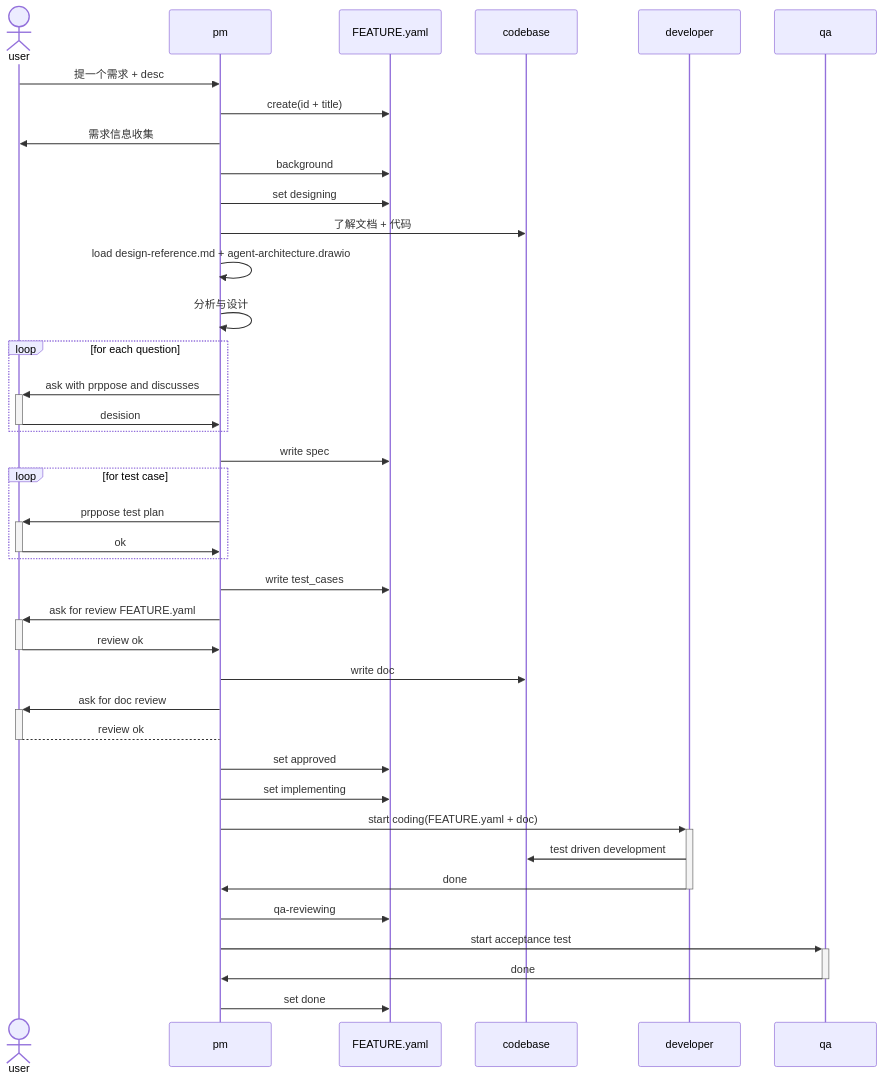
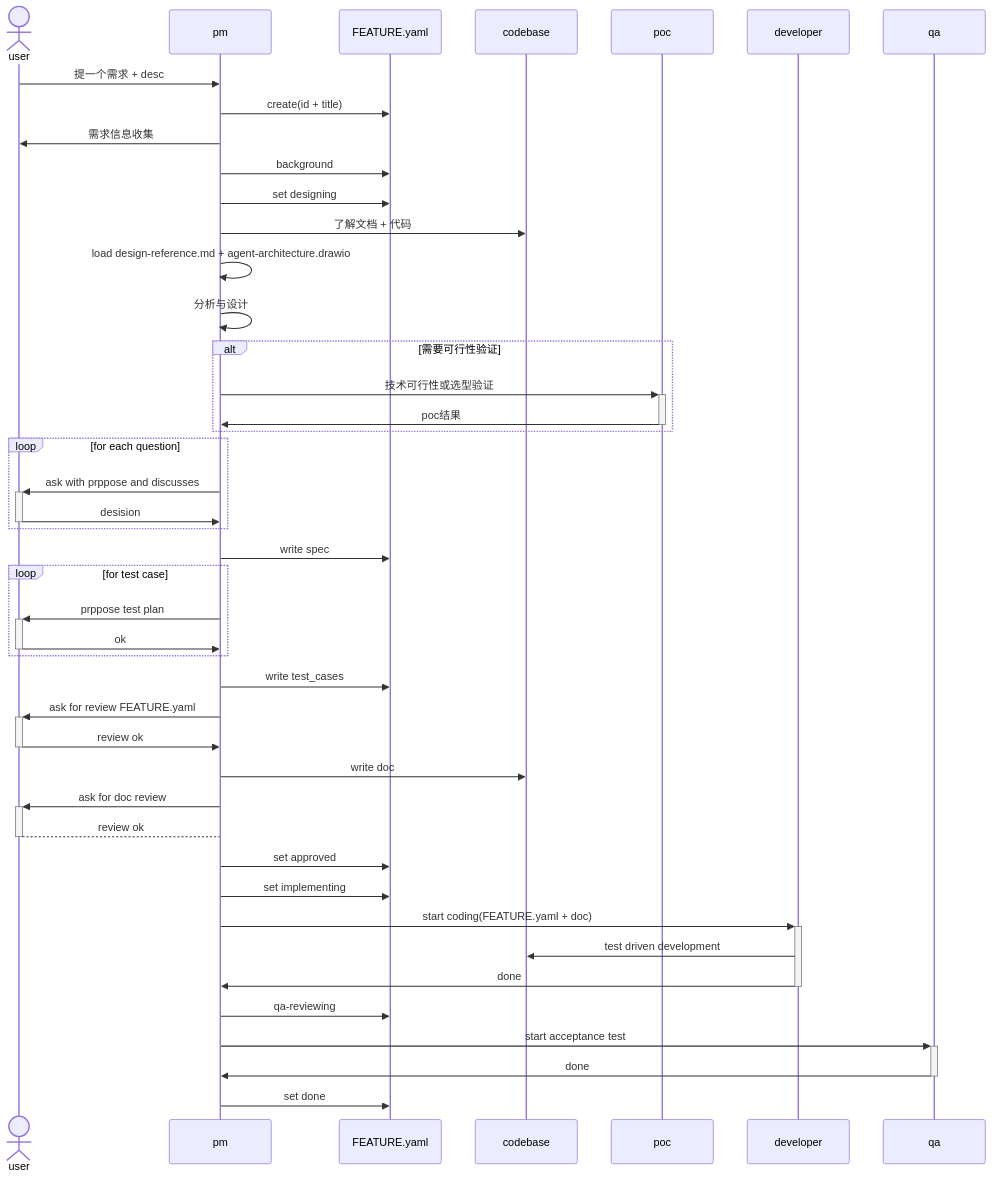
One commit to JoeyAssistant/skill-repo changed the diagram in system-prompt/agent-factory/agent_factory/doc/feature.md. Above: the diagram before and after it, drawn with Mermaid. The commit also changed other lines of this file, not shown here.

Commit message:
docs(feature): 状态机去 blocked + POC 改为 designing 阶段普通分支
- 状态机: draft → designing → approved → implementing → qa-reviewing → done
  任意状态 → cancelled（移除 blocked/cancelled 双向）
- workflow 增加 alt 需要可行性验证 分支（POC 作为 designing 阶段
  PM 主动选择的环节，不再依赖 blocked 状态触发）

````diff
--- a/system-prompt/agent-factory/agent_factory/doc/feature.md
+++ b/system-prompt/agent-factory/agent_factory/doc/feature.md
@@ -21,43 +25,47 @@
 ```mermaid
 sequenceDiagram
     actor user
     user->>pm: 提一个需求 + desc
     participant feat as FEATURE.yaml
     participant code as codebase
 
     pm->>feat: create(id + title)
     pm->>user: 需求信息收集
     pm->>feat: background
     pm->>feat: set designing
     pm->>code: 了解文档 + 代码
     pm->>pm: load design-reference.md + agent-architecture.drawio
     pm->>pm: 分析与设计
+    alt 需要可行性验证
+        pm->>+poc: 技术可行性或选型验证
+        poc->>-pm: poc结果
+    end
     loop for each question
         pm->>+user: ask with prppose and discusses
         user->>-pm: desision
     end
     pm->>feat: write spec
     loop for test case
         pm->>+user: prppose test plan
         user->>-pm: ok
     end
     pm->>feat: write test_cases
     participant dev as developer
     pm->>+user: ask for review FEATURE.yaml
     user->>-pm: review ok
 
     pm->>code: write doc
     pm->>+user: ask for doc review
     user-->-pm: review ok
     pm->>feat: set approved
 
     pm->>feat: set implementing
     pm->>+dev: start coding(FEATURE.yaml + doc)
     dev->>code: test driven development
     dev->>-pm: done
 
     pm->>feat: qa-reviewing
     pm->>+qa: start acceptance test
     qa->>-pm: done
     pm->>feat: set done
 ```
````
